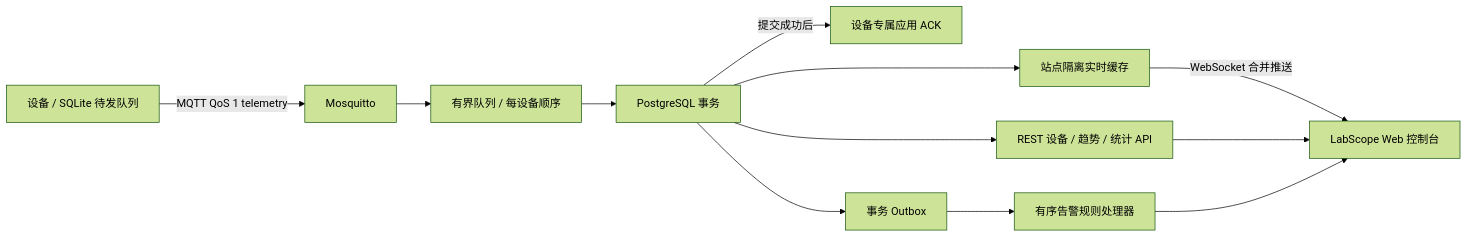
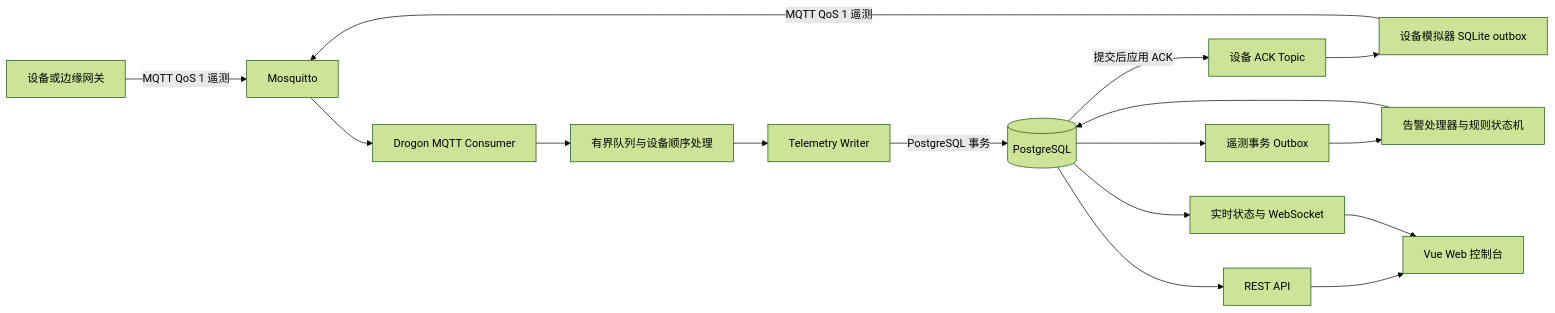
The diagram in README.md (zhangwei159753/labscope-industrial-telemetry), drawn with Mermaid (forest theme) before and after one commit. The commit also changed other lines of this file, not shown here.

````diff
--- a/README.md
+++ b/README.md
@@ -9,14 +21,18 @@
-```mermaid
+~~~mermaid
 flowchart LR
-    D[设备 / SQLite 待发队列] -->|MQTT QoS 1 telemetry| B[Mosquitto]
-    B --> Q[有界队列 / 每设备顺序]
-    Q --> T[PostgreSQL 事务]
-    T -->|提交成功后| A[设备专属应用 ACK]
-    T --> H[站点隔离实时缓存]
-    H -->|WebSocket 合并推送| W[LabScope Web 控制台]
-    T --> R[REST 设备 / 趋势 / 统计 API]
-    R --> W
-    T --> O[事务 Outbox]
-    O --> E[有序告警规则处理器]
-    E --> W
-```
+    D[设备或边缘网关] -->|MQTT QoS 1 遥测| B[Mosquitto]
+    S[设备模拟器 SQLite outbox] -->|MQTT QoS 1 遥测| B
+    B --> C[Drogon MQTT Consumer]
+    C --> Q[有界队列与设备顺序处理]
+    Q --> W[Telemetry Writer]
+    W -->|PostgreSQL 事务| DB[(PostgreSQL)]
+    DB -->|提交后应用 ACK| A[设备 ACK Topic]
+    A --> S
+    DB --> O[遥测事务 Outbox]
+    O --> P[告警处理器与规则状态机]
+    P --> DB
+    DB --> R[REST API]
+    DB --> H[实时状态与 WebSocket]
+    R --> UI[Vue Web 控制台]
+    H --> UI
+~~~
````
